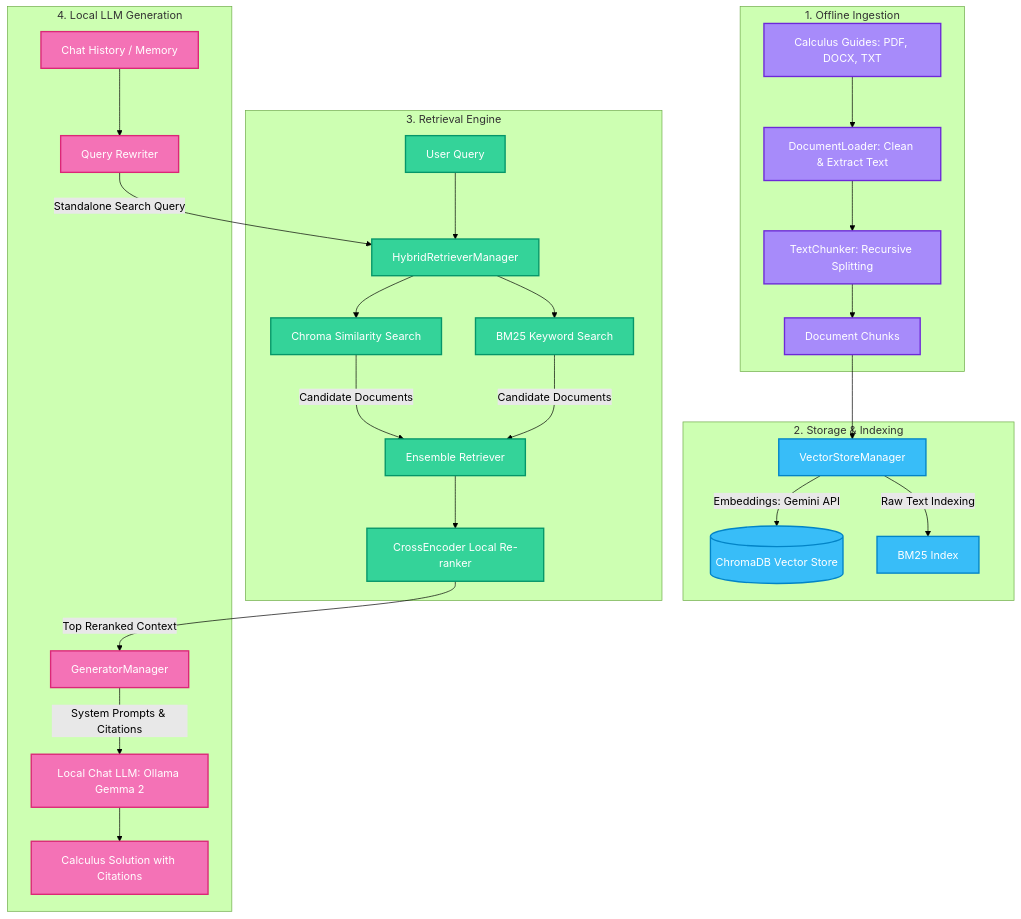
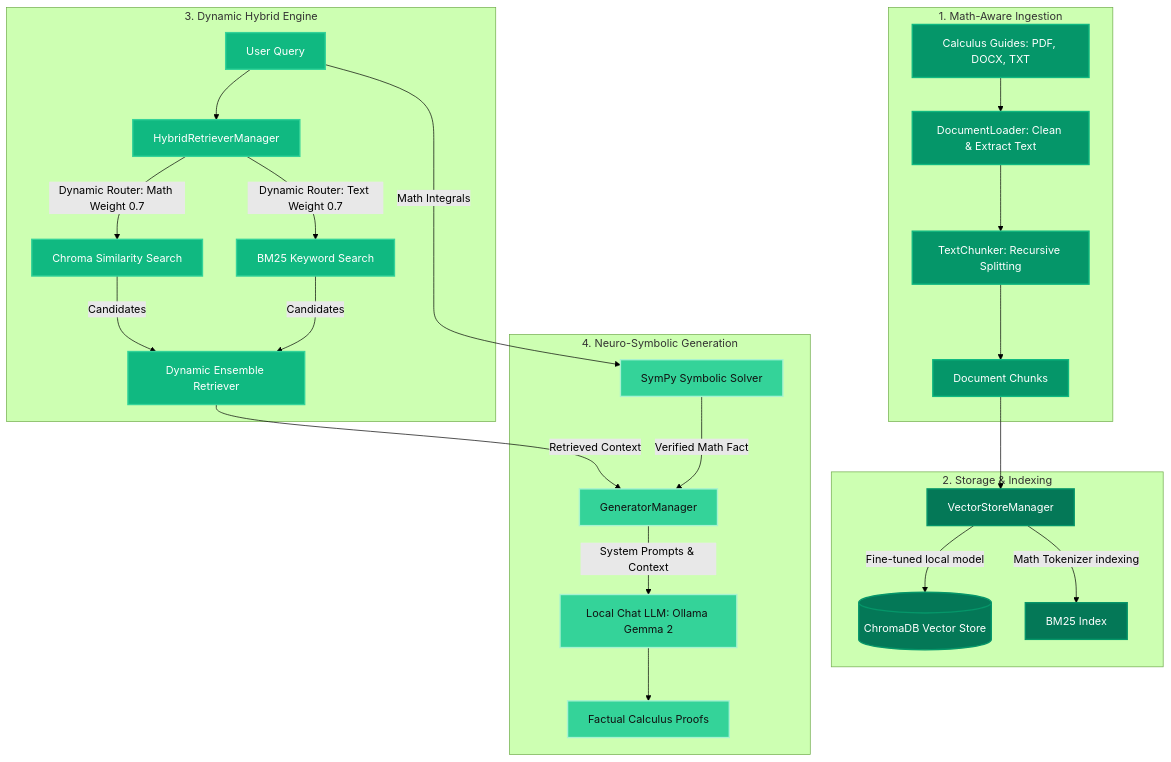
Before and after one commit to JaynthReddy91/RAGproject: the diagram in README.md, drawn with Mermaid (forest theme). The commit also changed other lines of this file, not shown here.

First line of the commit message:
docs: update README.md with local Neuro-Symbolic RAG upgrades

````diff
--- a/README.md
+++ b/README.md
@@ -11,45 +11,44 @@
 ```mermaid
 graph TD
     %% Styling
-    classDef ingest fill:#a78bfa,stroke:#6d28d9,stroke-width:2px,color:#fff;
-    classDef index fill:#38bdf8,stroke:#0284c7,stroke-width:2px,color:#fff;
-    classDef search fill:#34d399,stroke:#059669,stroke-width:2px,color:#fff;
-    classDef gen fill:#f472b6,stroke:#db2777,stroke-width:2px,color:#fff;
+    classDef ingest fill:#059669,stroke:#10b981,stroke-width:2px,color:#fff;
+    classDef index fill:#047857,stroke:#059669,stroke-width:2px,color:#fff;
+    classDef search fill:#10b981,stroke:#34d399,stroke-width:2px,color:#fff;
+    classDef gen fill:#34d399,stroke:#a7f3d0,stroke-width:2px,color:#111;
 
     %% Ingestion Stage
-    subgraph Ingestion ["1. Offline Ingestion"]
+    subgraph Ingestion ["1. Math-Aware Ingestion"]
         A[Calculus Guides: PDF, DOCX, TXT] --> B[DocumentLoader: Clean & Extract Text]
         B --> C[TextChunker: Recursive Splitting]
         C --> D[Document Chunks]
     end
     class A,B,C,D ingest;
 
     %% Indexing Stage
     subgraph Indexing ["2. Storage & Indexing"]
         D --> F[VectorStoreManager]
-        F -- Embeddings: Gemini API --> G[(ChromaDB Vector Store)]
-        F -- Raw Text Indexing --> H[BM25 Index]
+        F -- Fine-tuned local model --> G[(ChromaDB Vector Store)]
+        F -- Math Tokenizer indexing --> H[BM25 Index]
     end
     class F,G,H index;
 
     %% Retrieval Stage
-    subgraph Retrieval ["3. Retrieval Engine"]
+    subgraph Retrieval ["3. Dynamic Hybrid Engine"]
         I[User Query] --> J[HybridRetrieverManager]
-        J --> K[Chroma Similarity Search]
-        J --> L[BM25 Keyword Search]
-        K -- Candidate Documents --> M[Ensemble Retriever]
-        L -- Candidate Documents --> M
-        M --> N[CrossEncoder Local Re-ranker]
+        J -- Dynamic Router: Math Weight 0.7 --> K[Chroma Similarity Search]
+        J -- Dynamic Router: Text Weight 0.7 --> L[BM25 Keyword Search]
+        K -- Candidates --> M[Dynamic Ensemble Retriever]
+        L -- Candidates --> M
     end
-    class I,J,K,L,M,N search;
+    class I,J,K,L,M search;
 
     %% Generation Stage
-    subgraph Generation ["4. Local LLM Generation"]
-        N -- Top Reranked Context --> O[GeneratorManager]
-        P[Chat History / Memory] --> Q[Query Rewriter]
-        Q -- Standalone Search Query --> J
-        O -- System Prompts & Citations --> R[Local Chat LLM: Ollama Gemma 2]
-        R --> S[Calculus Solution with Citations]
+    subgraph Generation ["4. Neuro-Symbolic Generation"]
+        M -- Retrieved Context --> O[GeneratorManager]
+        I -- Math Integrals --> N[SymPy Symbolic Solver]
+        N -- Verified Math Fact --> O
+        O -- System Prompts & Context --> R[Local Chat LLM: Ollama Gemma 2]
+        R --> S[Factual Calculus Proofs]
     end
-    class O,P,Q,R,S gen;
+    class O,N,R,S gen;
 ```
````
